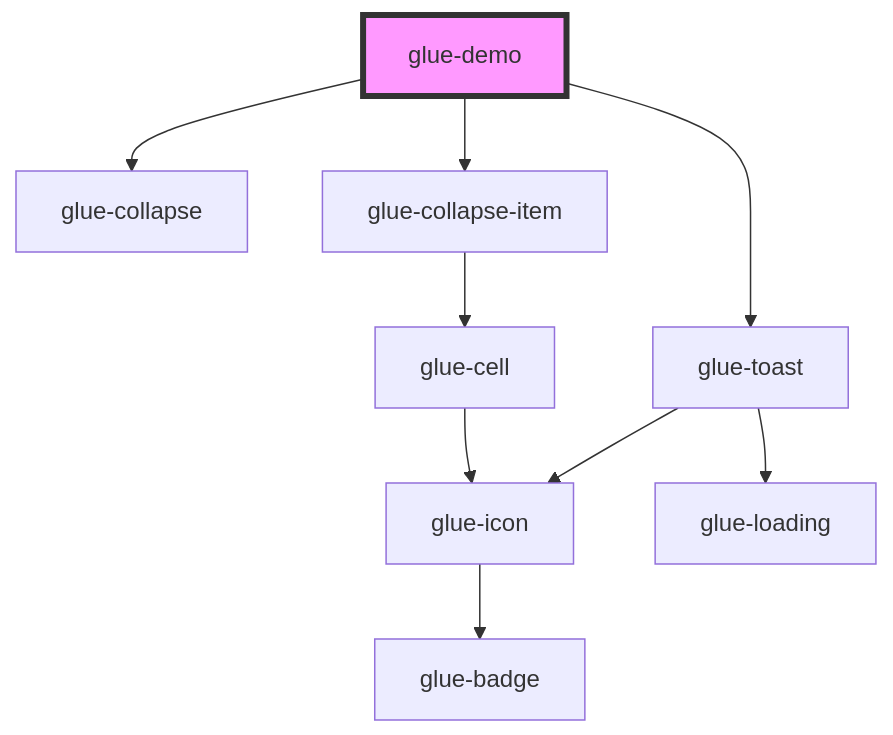
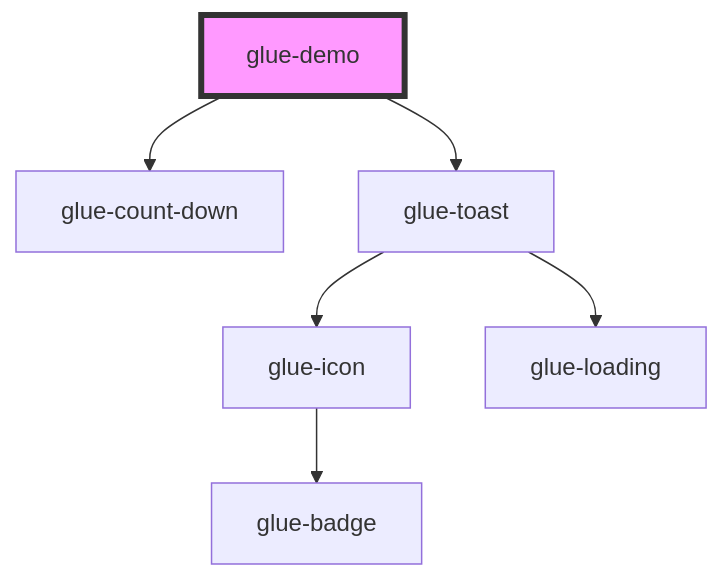
The diagram in packages/glue-components/src/components/glue-demo/readme.md (grasilife/glue), drawn with Mermaid before and after one commit. The commit also changed other lines of this file and 11 other files, not shown here.

````diff
--- a/packages/glue-components/src/components/glue-demo/readme.md
+++ b/packages/glue-components/src/components/glue-demo/readme.md
@@ -17,12 +16,9 @@
 ```mermaid
 graph TD;
-  glue-demo --> glue-collapse
-  glue-demo --> glue-collapse-item
+  glue-demo --> glue-count-down
   glue-demo --> glue-toast
-  glue-collapse-item --> glue-cell
-  glue-cell --> glue-icon
-  glue-icon --> glue-badge
   glue-toast --> glue-icon
   glue-toast --> glue-loading
+  glue-icon --> glue-badge
   style glue-demo fill:#f9f,stroke:#333,stroke-width:4px
 ```
````
